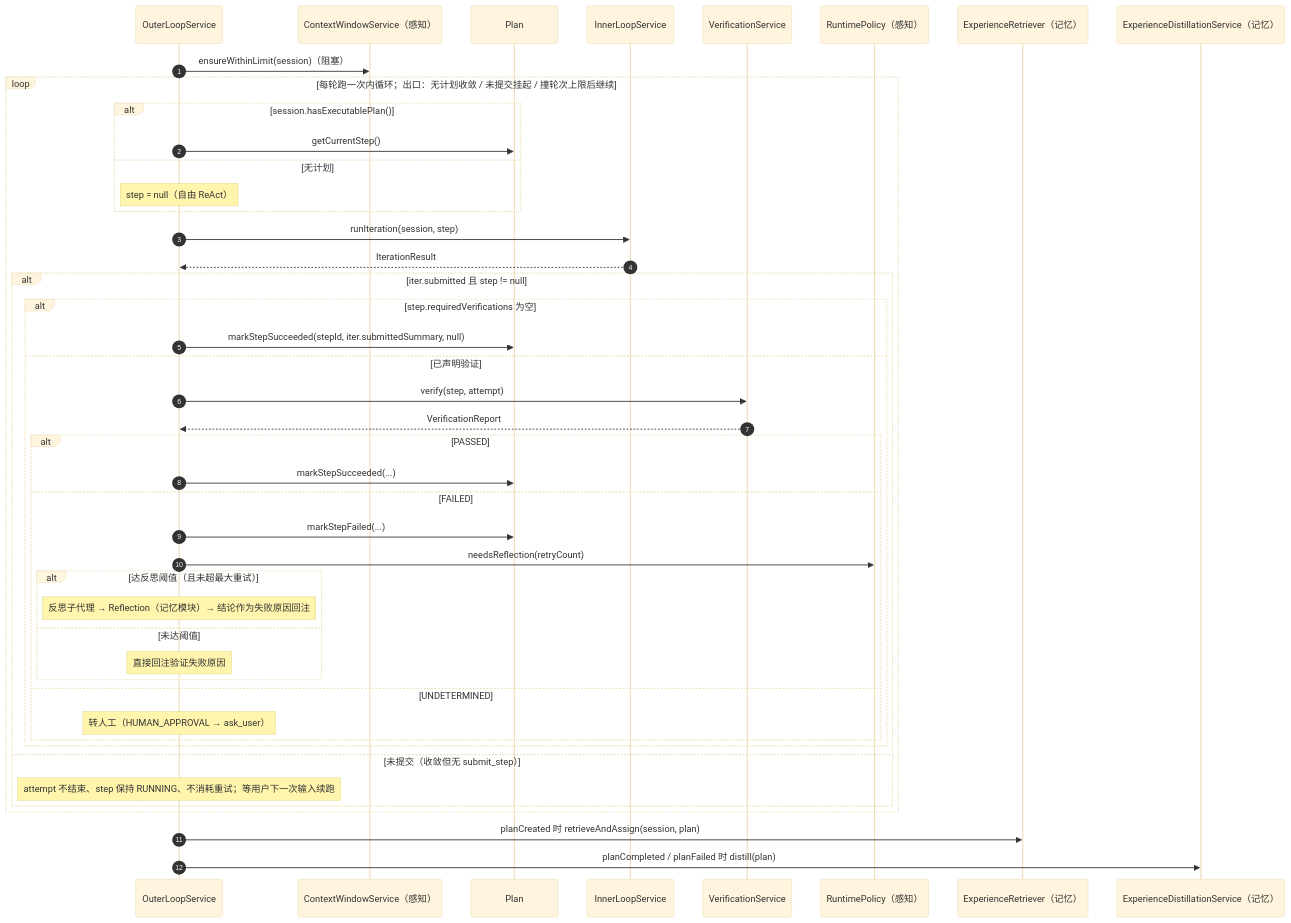
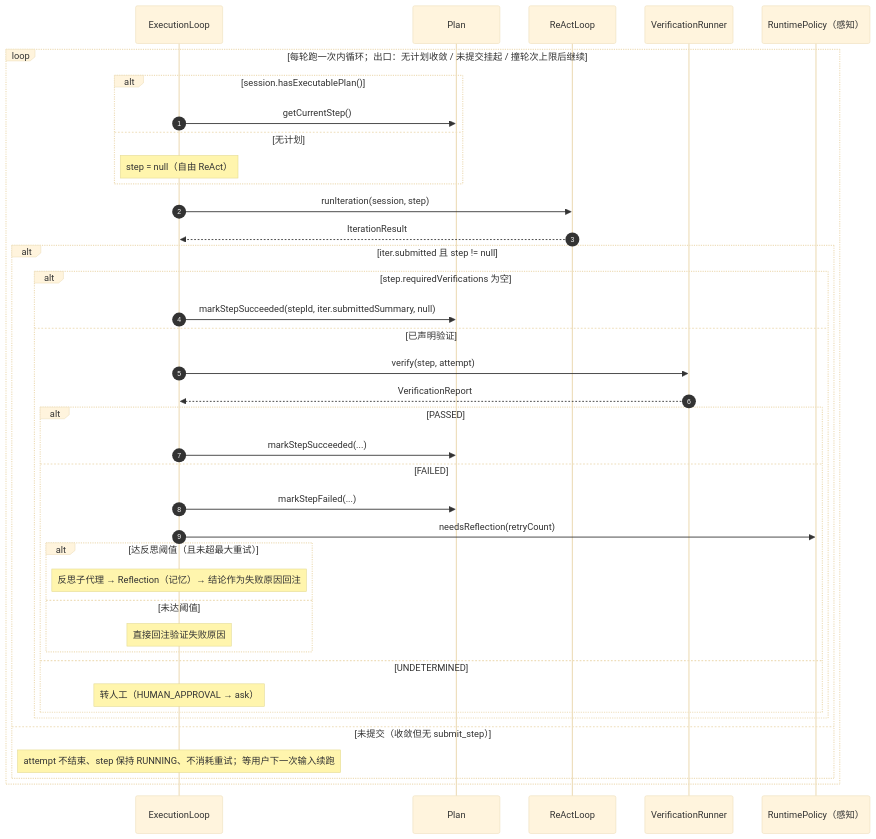
The third of 6 diagrams in model/模块-规划.md (zcd0831/Jellyfish-Docs), drawn with Mermaid (base theme) before and after one commit. The commit also changed other lines of this file and 9 other files, not shown here.

````diff
--- a/model/模块-规划.md
+++ b/model/模块-规划.md
@@ -382,49 +390,43 @@
 ```mermaid
 sequenceDiagram
     autonumber
-    participant OL as OuterLoopService
-    participant CW as ContextWindowService（感知）
+    participant OL as ExecutionLoop
     participant P as Plan
-    participant IL as InnerLoopService
-    participant VS as VerificationService
+    participant IL as ReActLoop
+    participant VS as VerificationRunner
     participant RP as RuntimePolicy（感知）
-    participant EX as ExperienceRetriever（记忆）
-    participant DS as ExperienceDistillationService（记忆）
 
-    OL->>CW: ensureWithinLimit(session)（阻塞）
     loop 每轮跑一次内循环；出口：无计划收敛 / 未提交挂起 / 撞轮次上限后继续
         alt session.hasExecutablePlan()
             OL->>P: getCurrentStep()
         else 无计划
             Note over OL: step = null（自由 ReAct）
         end
         OL->>IL: runIteration(session, step)
         IL-->>OL: IterationResult
 
         alt iter.submitted 且 step != null
             alt step.requiredVerifications 为空
                 OL->>P: markStepSucceeded(stepId, iter.submittedSummary, null)
             else 已声明验证
                 OL->>VS: verify(step, attempt)
                 VS-->>OL: VerificationReport
                 alt PASSED
                     OL->>P: markStepSucceeded(...)
                 else FAILED
                     OL->>P: markStepFailed(...)
                     OL->>RP: needsReflection(retryCount)
                     alt 达反思阈值（且未超最大重试）
-                        Note over OL: 反思子代理 → Reflection（记忆模块）→ 结论作为失败原因回注
+                        Note over OL: 反思子代理 → Reflection（记忆）→ 结论作为失败原因回注
                     else 未达阈值
                         Note over OL: 直接回注验证失败原因
                     end
                 else UNDETERMINED
-                    Note over OL: 转人工（HUMAN_APPROVAL → ask_user）
+                    Note over OL: 转人工（HUMAN_APPROVAL → ask）
                 end
             end
         else 未提交（收敛但无 submit_step）
             Note over OL: attempt 不结束、step 保持 RUNNING、不消耗重试；等用户下一次输入续跑
         end
     end
-    OL->>EX: planCreated 时 retrieveAndAssign(session, plan)
-    OL->>DS: planCompleted / planFailed 时 distill(plan)
 ```
````
